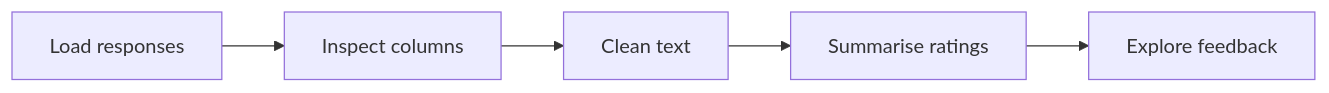
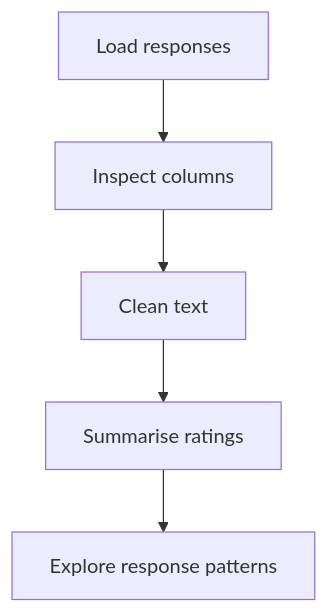
One commit to shanmukhkoyya/survey-feedback-analyzer changed the diagram in README.md. Above: the diagram before and after it, drawn with Mermaid. The commit also changed other lines of this file, not shown here.

````diff
--- a/README.md
+++ b/README.md
@@ -7,7 +4,7 @@
 ```mermaid
-flowchart LR
+flowchart TD
  A[Load responses] --> B[Inspect columns]
  B --> C[Clean text]
  C --> D[Summarise ratings]
- D --> E[Explore feedback]
+ D --> E[Explore response patterns]
 ```
````
